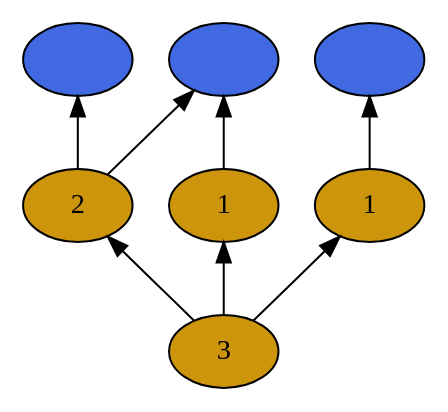
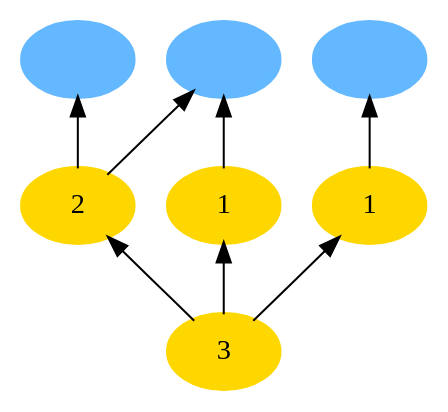
One commit to probcomp/Venturecxx changed the diagram in backend/cxx/pdf_graphs/tutorial_1/dot27.dot. Above: the diagram before and after it, drawn with Graphviz. The commit also changed 54 other files, not shown here.

```diff
--- a/backend/cxx/pdf_graphs/tutorial_1/dot27.dot
+++ b/backend/cxx/pdf_graphs/tutorial_1/dot27.dot
@@ -1,18 +1,18 @@
 digraph {
 rankdir=BT
 fontsize=24
-1["shape" ="ellipse" "style" ="filled" "fillcolor" ="darkgoldenrod3" "label" ="3" ]
-2["shape" ="ellipse" "style" ="filled" "fillcolor" ="darkgoldenrod3" "label" ="2" ]
-3["shape" ="ellipse" "style" ="filled" "fillcolor" ="darkgoldenrod3" "label" ="1" ]
-4["shape" ="ellipse" "style" ="filled" "fillcolor" ="darkgoldenrod3" "label" ="1" ]
-5["shape" ="ellipse" "style" ="filled" "fillcolor" ="royalblue" "label" ="" ]
-6["shape" ="ellipse" "style" ="filled" "fillcolor" ="royalblue" "label" ="" ]
-7["shape" ="ellipse" "style" ="filled" "fillcolor" ="royalblue" "label" ="" ]
+1["style" ="filled" "color" ="gold" "label" ="3" "shape" ="ellipse" "fillcolor" ="gold" "penwidth" ="3" ]
+2["style" ="filled" "color" ="gold" "label" ="2" "shape" ="ellipse" "fillcolor" ="gold" "penwidth" ="3" ]
+3["style" ="filled" "color" ="gold" "label" ="1" "shape" ="ellipse" "fillcolor" ="gold" "penwidth" ="3" ]
+4["style" ="filled" "color" ="gold" "label" ="1" "shape" ="ellipse" "fillcolor" ="gold" "penwidth" ="3" ]
+5["style" ="filled" "color" ="steelblue1" "label" ="" "shape" ="ellipse" "fillcolor" ="steelblue1" "penwidth" ="3" ]
+6["style" ="filled" "color" ="steelblue1" "label" ="" "shape" ="ellipse" "fillcolor" ="steelblue1" "penwidth" ="3" ]
+7["style" ="filled" "color" ="steelblue1" "label" ="" "shape" ="ellipse" "fillcolor" ="steelblue1" "penwidth" ="3" ]
 1 -> 2["color" ="black" "style" ="solid" "arrowhead" ="normal" ]
 1 -> 3["color" ="black" "style" ="solid" "arrowhead" ="normal" ]
 1 -> 4["color" ="black" "style" ="solid" "arrowhead" ="normal" ]
 2 -> 5["color" ="black" "style" ="solid" "arrowhead" ="normal" ]
 2 -> 6["color" ="black" "style" ="solid" "arrowhead" ="normal" ]
 3 -> 6["color" ="black" "style" ="solid" "arrowhead" ="normal" ]
 4 -> 7["color" ="black" "style" ="solid" "arrowhead" ="normal" ]
 }
```
